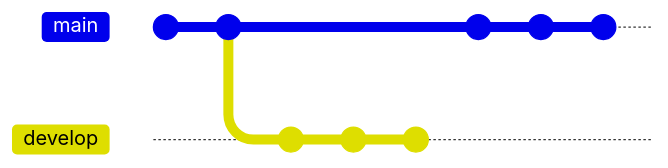
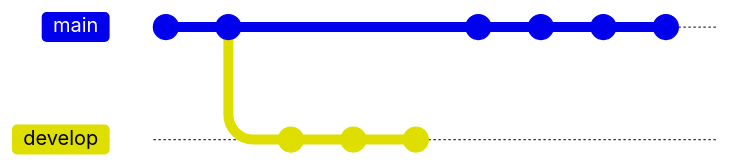
One commit to cqh963852/git-test changed the second of 2 diagrams in README.md. Above: the diagram before and after it, drawn with Mermaid. The commit also changed other lines of this file, not shown here. Commit ids are hidden.

````diff
--- a/README.md
+++ b/README.md
@@ -33,13 +47,14 @@
 ```mermaid
 gitGraph
-       commit
-       commit
+       commit id: "1"
+       commit id: "2"
        branch develop
-       commit
-       commit
-       commit
+       commit id: "3"
+       commit id: "4"
+       commit id: "5"
        checkout main
-       commit
-       commit
-       commit
+       commit id: "6"
+       commit id: "7"
+       commit id: "8"
+       commit id: "9"
 ```
````
